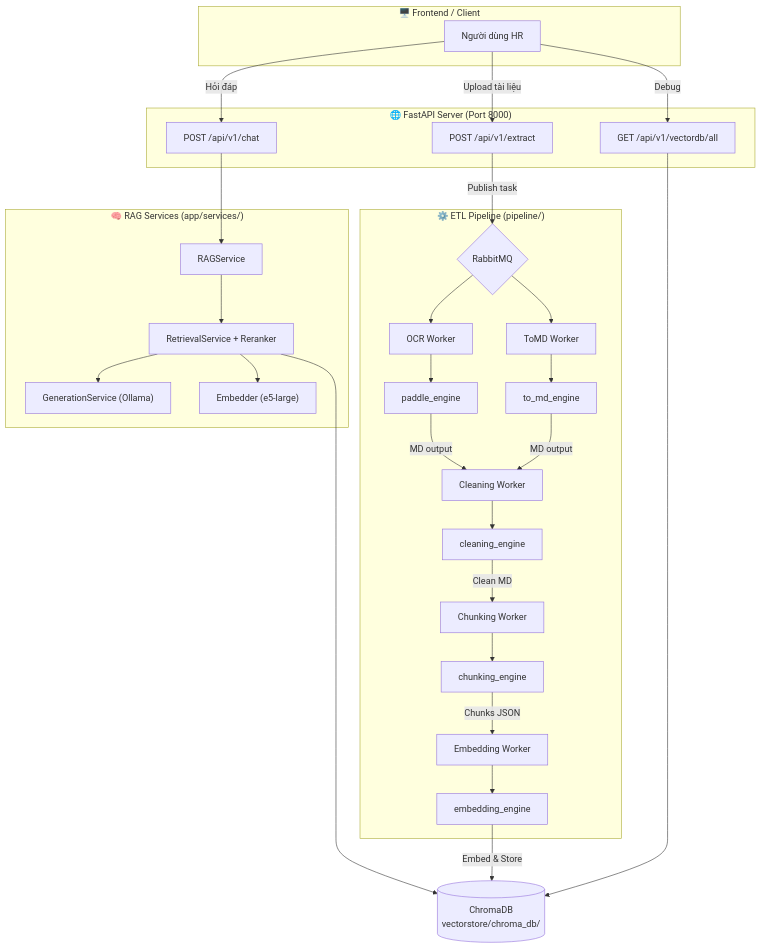
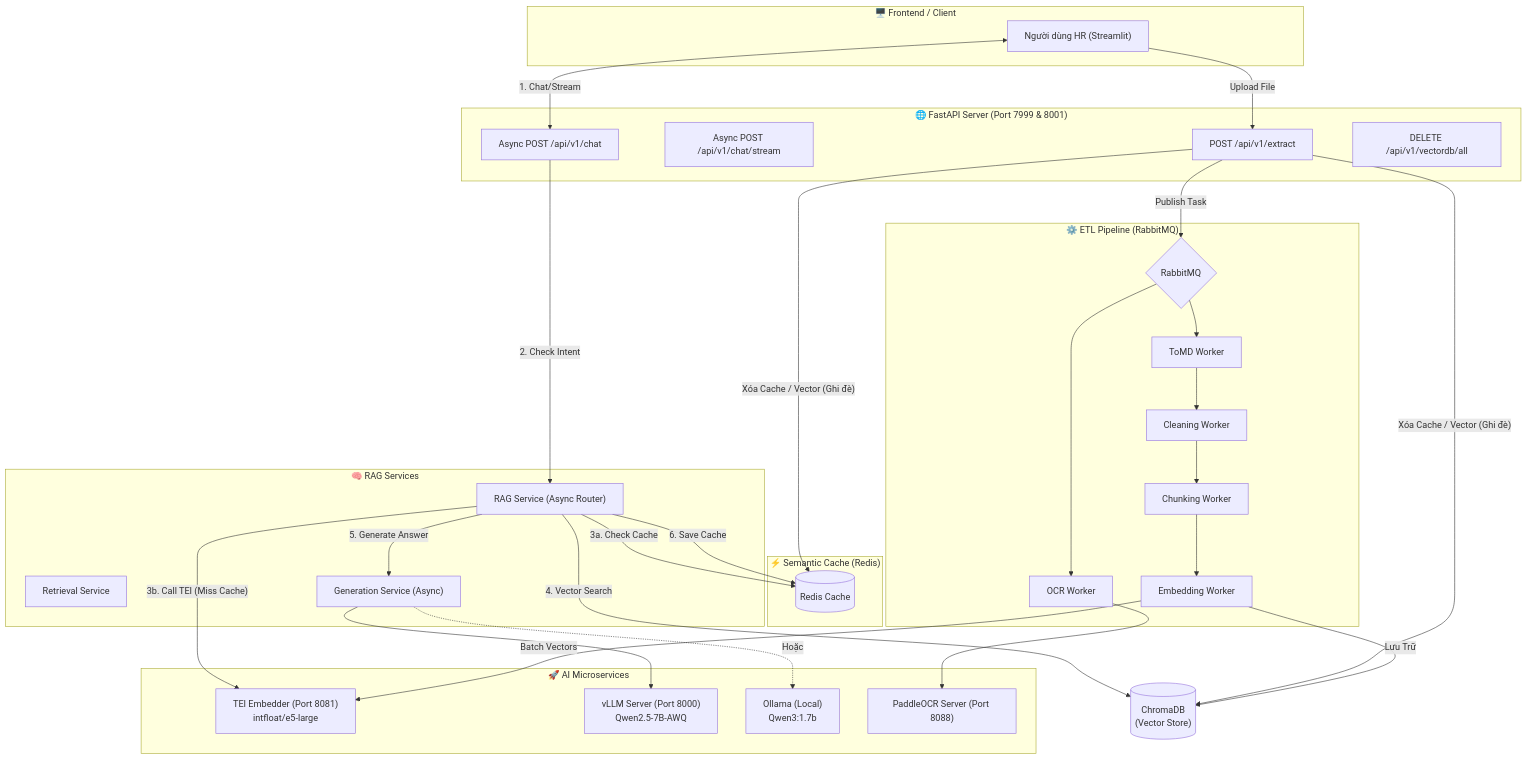
The diagram in README.md (hoangit03/Chatbot-CT-Group), drawn with Mermaid before and after one commit. The commit also changed other lines of this file and 23 other files, not shown here.

Commit message:
chore: adjust VRAM util to 0.45 for TEI and PaddleOCR

````diff
--- a/README.md
+++ b/README.md
@@ -71,59 +13,63 @@
 ```mermaid
 flowchart TD
     subgraph FRONTEND["🖥️ Frontend / Client"]
-        User["Người dùng HR"]
+        User["Người dùng HR (Streamlit)"]
     end
 
-    subgraph API_LAYER["🌐 FastAPI Server (Port 8000)"]
-        ChatAPI["POST /api/v1/chat"]
+    subgraph API_LAYER["🌐 FastAPI Server (Port 7999 & 8001)"]
+        ChatAPI["Async POST /api/v1/chat"]
+        StreamAPI["Async POST /api/v1/chat/stream"]
         ExtractAPI["POST /api/v1/extract"]
-        VectorAPI["GET /api/v1/vectordb/all"]
+        VectorAPI["DELETE /api/v1/vectordb/all"]
     end
 
-    subgraph RAG_SERVICES["🧠 RAG Services (app/services/)"]
-        RAG["RAGService"]
-        Retrieval["RetrievalService + Reranker"]
-        Generation["GenerationService (Ollama)"]
-        Embedder["Embedder (e5-large)"]
+    subgraph CACHE_LAYER["⚡ Semantic Cache (Redis)"]
+        Redis[(Redis Cache)]
     end
 
-    subgraph PIPELINE["⚙️ ETL Pipeline (pipeline/)"]
+    subgraph RAG_SERVICES["🧠 RAG Services"]
+        RAG["RAG Service (Async Router)"]
+        Retrieval["Retrieval Service"]
+        Generation["Generation Service (Async)"]
+    end
+
+    subgraph MICROSERVICES["🚀 AI Microservices"]
+        TEI["TEI Embedder (Port 8081)\nintfloat/e5-large"]
+        LLM_VLLM["vLLM Server (Port 8000)\nQwen2.5-7B-AWQ"]
+        LLM_OLLAMA["Ollama (Local)\nQwen3:1.7b"]
+        OCR["PaddleOCR Server (Port 8088)"]
+    end
+
+    subgraph PIPELINE["⚙️ ETL Pipeline (RabbitMQ)"]
         MQ{"RabbitMQ"}
         W1["OCR Worker"]
         W2["ToMD Worker"]
         WC["Cleaning Worker"]
         W3["Chunking Worker"]
         W4["Embedding Worker"]
-        E1["paddle_engine"]
-        E2["to_md_engine"]
-        EC["cleaning_engine"]
-        E3["chunking_engine"]
-        E4["embedding_engine"]
     end
 
-    VDB[("ChromaDB\nvectorstore/chroma_db/")]
+    VDB[("ChromaDB\n(Vector Store)")]
 
-    User -->|"Hỏi đáp"| ChatAPI
-    User -->|"Upload tài liệu"| ExtractAPI
-    User -->|"Debug"| VectorAPI
+    %% Khối Chatbot
+    User <-->|"1. Chat/Stream"| ChatAPI
+    ChatAPI -->|"2. Check Intent"| RAG
+    RAG -->|"3a. Check Cache"| Redis
+    RAG -->|"3b. Call TEI (Miss Cache)"| TEI
+    RAG -->|"4. Vector Search"| VDB
+    RAG -->|"5. Generate Answer"| Generation
+    Generation --> LLM_VLLM
+    Generation -.->|"Hoặc"| LLM_OLLAMA
+    RAG -->|"6. Save Cache"| Redis
 
-    ChatAPI --> RAG
-    RAG --> Retrieval
-    Retrieval --> Embedder
-    Retrieval --> VDB
-    Retrieval --> Generation
-
-    ExtractAPI -->|"Publish task"| MQ
+    %% Khối Upload ETL
+    User -->|"Upload File"| ExtractAPI
+    ExtractAPI -->|"Publish Task"| MQ
+    ExtractAPI -->|"Xóa Cache / Vector (Ghi đè)"| Redis & VDB
+    
     MQ --> W1 & W2
-    W1 --> E1
-    W2 --> E2
-    E1 & E2 -->|"MD output"| WC
-    WC --> EC
-    EC -->|"Clean MD"| W3
-    W3 --> E3
-    E3 -->|"Chunks JSON"| W4
-    W4 --> E4
-    E4 -->|"Embed & Store"| VDB
-
-    VectorAPI --> VDB
+    W1 --> OCR
+    W2 --> WC --> W3 --> W4
+    W4 -->|"Batch Vectors"| TEI
+    W4 -->|"Lưu Trữ"| VDB
 ```
````
